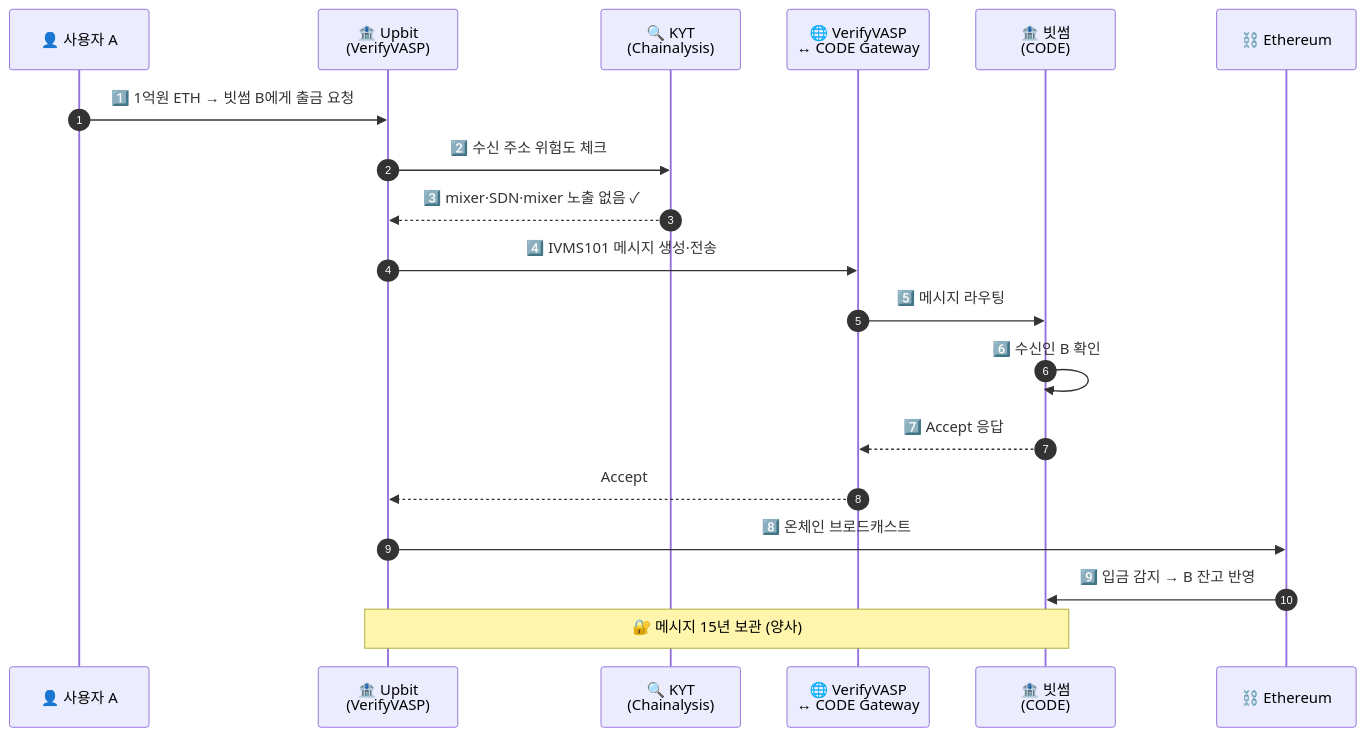
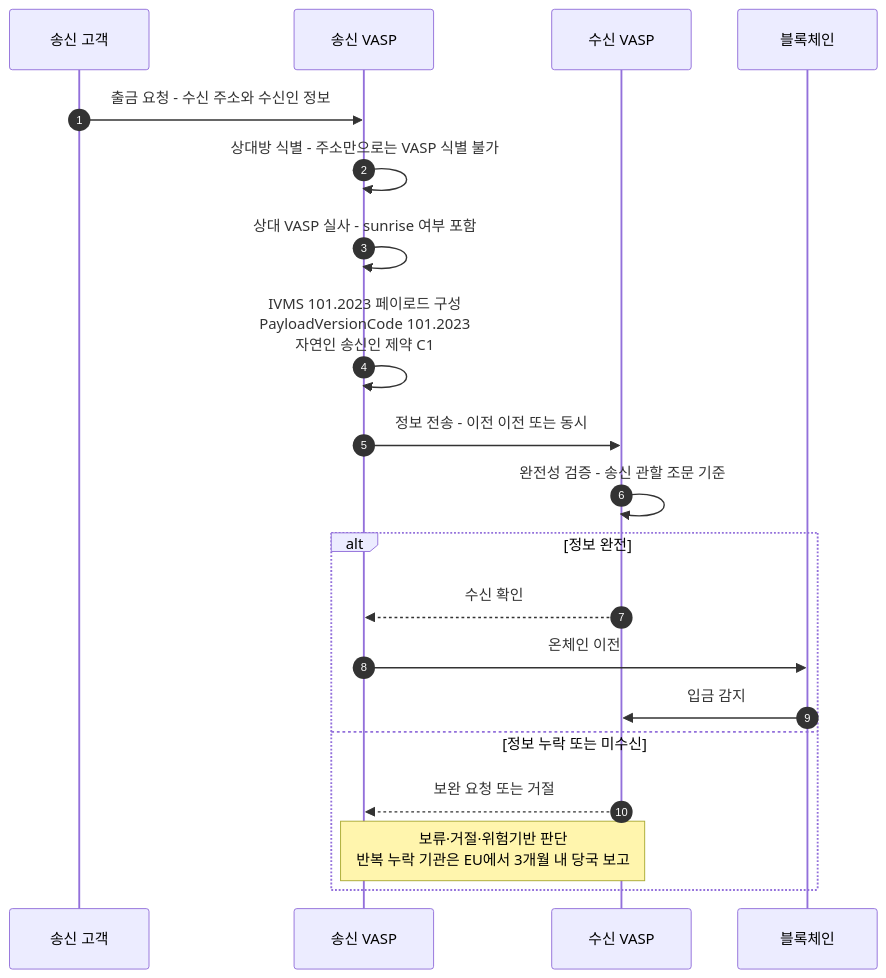
The third of 3 diagrams in notes/3-crypto-aml/travel-rule.md (lala-david/aml-notes), drawn with Mermaid before and after one commit. The commit also changed other lines of this file and 379 other files, not shown here.

First line of the commit message:
notes,kb,en,deep,charts: 2026-10-21 기준 정정 46건 반영 — 출처 없는 수치를 걷어내고 다이어그램을 다시 그림

````diff
--- a/notes/3-crypto-aml/travel-rule.md
+++ b/notes/3-crypto-aml/travel-rule.md
@@ -231,22 +288,22 @@
 ```mermaid
 sequenceDiagram
     autonumber
-    participant A as 👤 사용자 A
-    participant U as 🏦 Upbit<br/>(VerifyVASP)
-    participant K as 🔍 KYT<br/>(Chainalysis)
-    participant V as 🌐 VerifyVASP<br/>↔ CODE Gateway
-    participant B as 🏦 빗썸<br/>(CODE)
-    participant C as ⛓️ Ethereum
-
-    A->>U: 1️⃣ 1억원 ETH → 빗썸 B에게 출금 요청
-    U->>K: 2️⃣ 수신 주소 위험도 체크
-    K-->>U: 3️⃣ mixer·SDN·mixer 노출 없음 ✓
-    U->>V: 4️⃣ IVMS101 메시지 생성·전송
-    V->>B: 5️⃣ 메시지 라우팅
-    B->>B: 6️⃣ 수신인 B 확인
-    B-->>V: 7️⃣ Accept 응답
-    V-->>U: Accept
-    U->>C: 8️⃣ 온체인 브로드캐스트
-    C->>B: 9️⃣ 입금 감지 → B 잔고 반영
-    Note over U,B: 🔐 메시지 15년 보관 (양사)
+    participant A as 송신 고객
+    participant O as 송신 VASP
+    participant R as 수신 VASP
+    participant C as 블록체인
+    A->>O: 출금 요청 - 수신 주소와 수신인 정보
+    O->>O: 상대방 식별 - 주소만으로는 VASP 식별 불가
+    O->>O: 상대 VASP 실사 - sunrise 여부 포함
+    O->>O: IVMS 101.2023 페이로드 구성<br/>PayloadVersionCode 101.2023<br/>자연인 송신인 제약 C1
+    O->>R: 정보 전송 - 이전 이전 또는 동시
+    R->>R: 완전성 검증 - 송신 관할 조문 기준
+    alt 정보 완전
+        R-->>O: 수신 확인
+        O->>C: 온체인 이전
+        C->>R: 입금 감지
+    else 정보 누락 또는 미수신
+        R-->>O: 보완 요청 또는 거절
+        Note over O,R: 보류·거절·위험기반 판단<br/>반복 누락 기관은 EU에서 3개월 내 당국 보고
+    end
 ```
````
